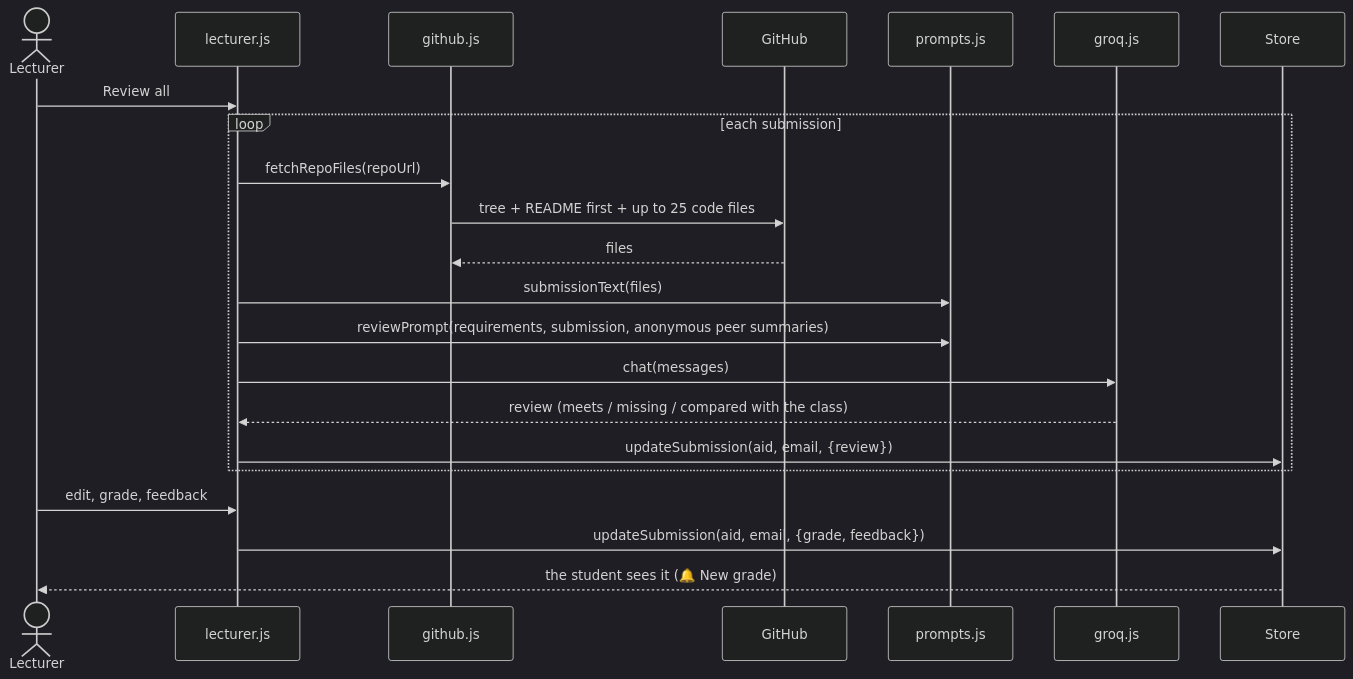
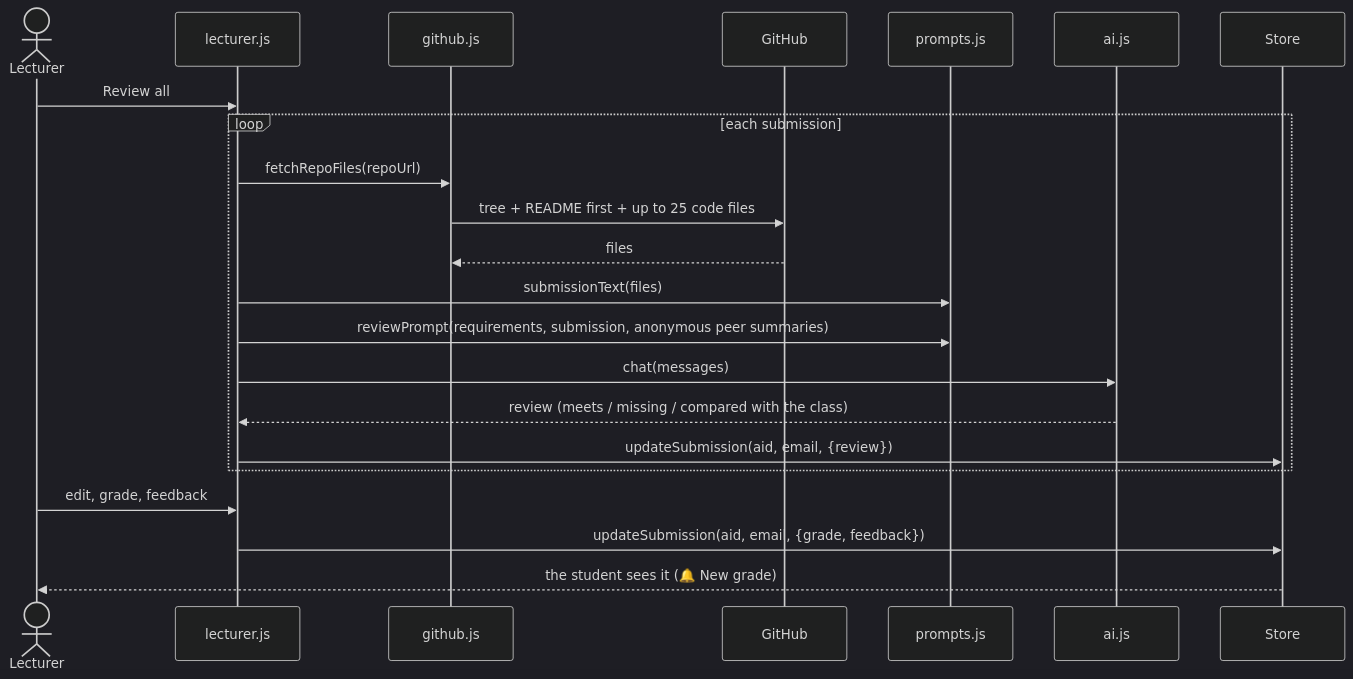
The eighth of 9 diagrams in docs/07_SEQUENCE_DIAGRAMS.md (minion-dog/I2CS_Ex2-smart-class-demo), drawn with Mermaid (dark theme) before and after one commit. The commit also changed other lines of this file and 38 other files, not shown here.

````diff
--- a/docs/07_SEQUENCE_DIAGRAMS.md
+++ b/docs/07_SEQUENCE_DIAGRAMS.md
@@ -177,24 +179,24 @@
 ```mermaid
 sequenceDiagram
     actor L as Lecturer
     participant P as lecturer.js
     participant Gh as github.js
     participant GitHub
     participant Pr as prompts.js
-    participant G as groq.js
+    participant G as ai.js
     participant S as Store
     L->>P: Review all
     loop each submission
         P->>Gh: fetchRepoFiles(repoUrl)
         Gh->>GitHub: tree + README first + up to 25 code files
         GitHub-->>Gh: files
         P->>Pr: submissionText(files)
         P->>Pr: reviewPrompt(requirements, submission, anonymous peer summaries)
         P->>G: chat(messages)
         G-->>P: review (meets / missing / compared with the class)
         P->>S: updateSubmission(aid, email, {review})
     end
     L->>P: edit, grade, feedback
     P->>S: updateSubmission(aid, email, {grade, feedback})
     S-->>L: the student sees it (🔔 New grade)
 ```
````
